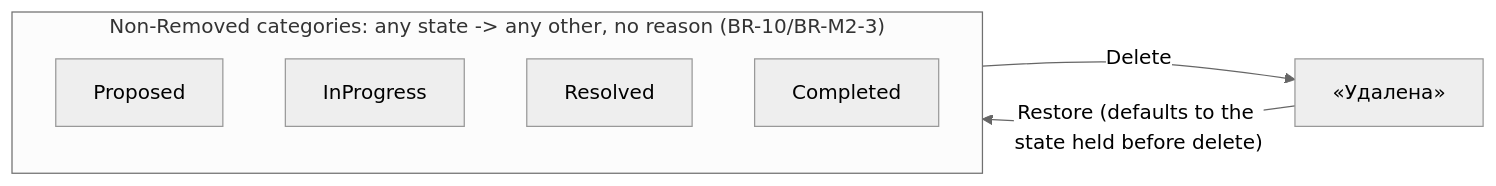
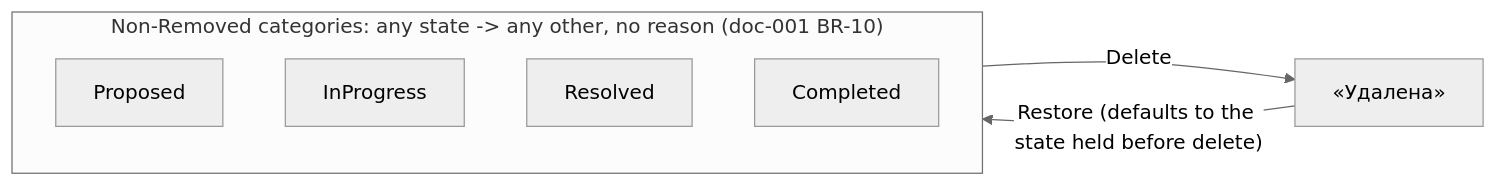
Before and after one commit to totKtoXam/mustask: the second of 2 diagrams in docs/features/doc-007-process-customization/spec.md, drawn with Mermaid (neutral theme). The commit also changed other lines of this file and 89 other files, not shown here.

````diff
--- a/docs/features/doc-007-process-customization/spec.md
+++ b/docs/features/doc-007-process-customization/spec.md
@@ -197,11 +245,11 @@
 ```mermaid
 flowchart LR
-    subgraph Active["Non-Removed categories: any state -> any other, no reason (BR-10/BR-M2-3)"]
+    subgraph Active["Non-Removed categories: any state -> any other, no reason (doc-001 BR-10)"]
         Proposed
         InProgress
         Resolved
         Completed
     end
     Active -->|Delete| Removed["«Удалена»"]
     Removed -->|"Restore (defaults to the state held before delete)"| Active
 ```
````
